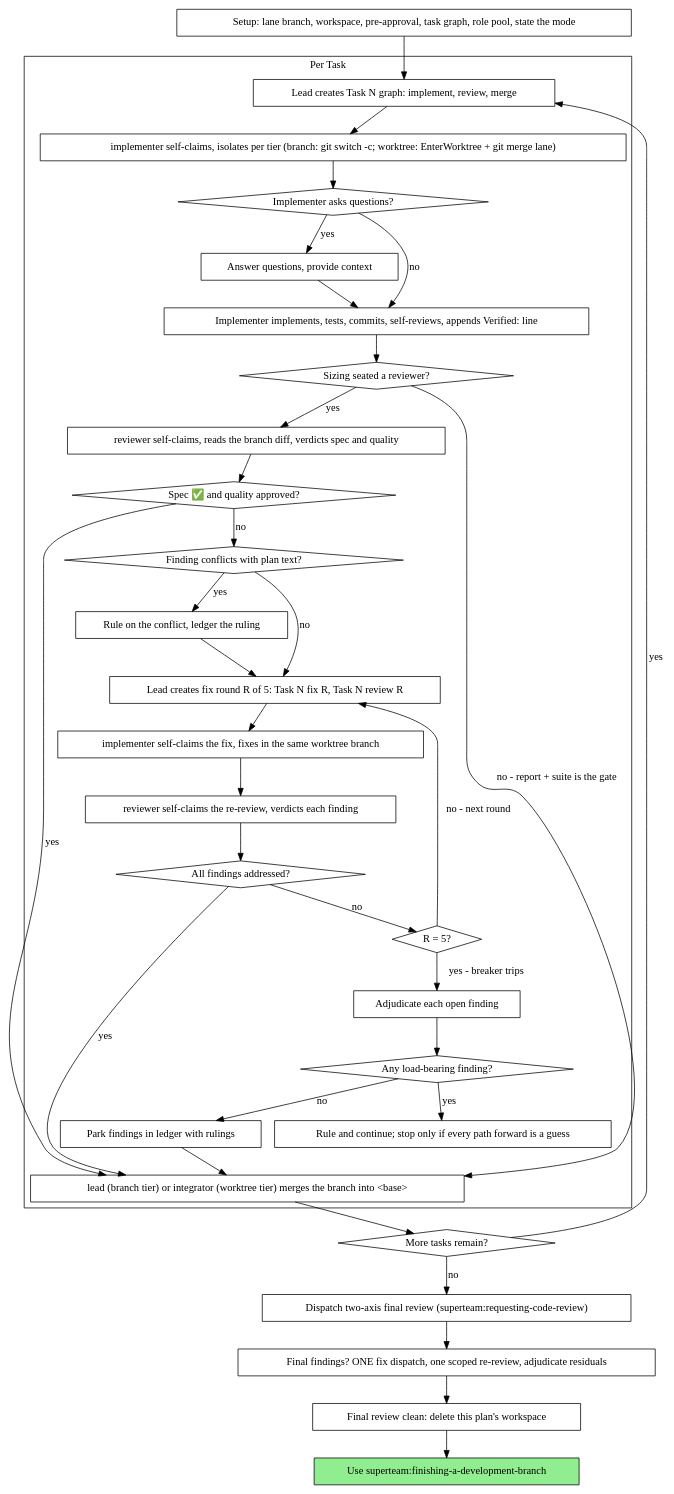
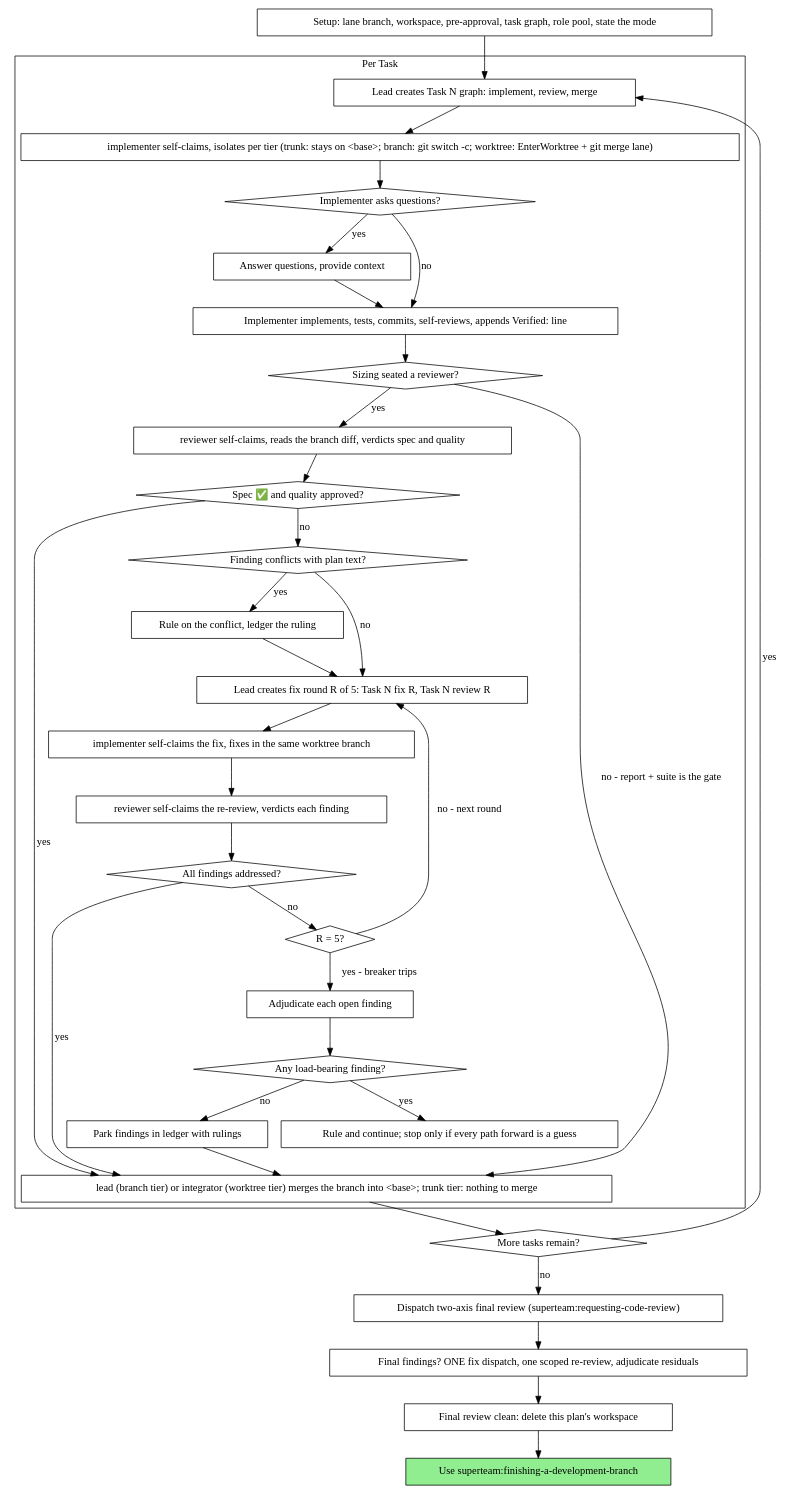
The second of 2 diagrams in skills/superteam-driven-development/SKILL.md (cameronchittick/superteam), drawn with Graphviz before and after one commit. The commit also changed other lines of this file and 10 other files, not shown here.

First line of the commit message:
Trunk tier: a lone IC commits straight on trunk

````diff
--- a/skills/superteam-driven-development/SKILL.md
+++ b/skills/superteam-driven-development/SKILL.md
@@ -205,69 +217,69 @@
 ```dot
 digraph process {
     rankdir=TB;
 
     subgraph cluster_per_task {
         label="Per Task";
         "Lead creates Task N graph: implement, review, merge" [shape=box];
-        "implementer self-claims, isolates per tier (branch: git switch -c; worktree: EnterWorktree + git merge lane)" [shape=box];
+        "implementer self-claims, isolates per tier (trunk: stays on <base>; branch: git switch -c; worktree: EnterWorktree + git merge lane)" [shape=box];
         "Implementer asks questions?" [shape=diamond];
         "Answer questions, provide context" [shape=box];
         "Implementer implements, tests, commits, self-reviews, appends Verified: line" [shape=box];
         "Sizing seated a reviewer?" [shape=diamond];
         "reviewer self-claims, reads the branch diff, verdicts spec and quality" [shape=box];
         "Spec ✅ and quality approved?" [shape=diamond];
         "Finding conflicts with plan text?" [shape=diamond];
         "Rule on the conflict, ledger the ruling" [shape=box];
         "Lead creates fix round R of 5: Task N fix R, Task N review R" [shape=box];
         "implementer self-claims the fix, fixes in the same worktree branch" [shape=box];
         "reviewer self-claims the re-review, verdicts each finding" [shape=box];
         "All findings addressed?" [shape=diamond];
         "R = 5?" [shape=diamond];
         "Adjudicate each open finding" [shape=box];
         "Any load-bearing finding?" [shape=diamond];
         "Rule and continue; stop only if every path forward is a guess" [shape=box];
         "Park findings in ledger with rulings" [shape=box];
-        "lead (branch tier) or integrator (worktree tier) merges the branch into <base>" [shape=box];
+        "lead (branch tier) or integrator (worktree tier) merges the branch into <base>; trunk tier: nothing to merge" [shape=box];
     }
 
     "Setup: lane branch, workspace, pre-approval, task graph, role pool, state the mode" [shape=box];
     "More tasks remain?" [shape=diamond];
     "Dispatch two-axis final review (superteam:requesting-code-review)" [shape=box];
     "Final findings? ONE fix dispatch, one scoped re-review, adjudicate residuals" [shape=box];
     "Final review clean: delete this plan's workspace" [shape=box];
     "Use superteam:finishing-a-development-branch" [shape=box style=filled fillcolor=lightgreen];
 
     "Setup: lane branch, workspace, pre-approval, task graph, role pool, state the mode" -> "Lead creates Task N graph: implement, review, merge";
-    "Lead creates Task N graph: implement, review, merge" -> "implementer self-claims, isolates per tier (branch: git switch -c; worktree: EnterWorktree + git merge lane)";
-    "implementer self-claims, isolates per tier (branch: git switch -c; worktree: EnterWorktree + git merge lane)" -> "Implementer asks questions?";
+    "Lead creates Task N graph: implement, review, merge" -> "implementer self-claims, isolates per tier (trunk: stays on <base>; branch: git switch -c; worktree: EnterWorktree + git merge lane)";
+    "implementer self-claims, isolates per tier (trunk: stays on <base>; branch: git switch -c; worktree: EnterWorktree + git merge lane)" -> "Implementer asks questions?";
     "Implementer asks questions?" -> "Answer questions, provide context" [label="yes"];
     "Answer questions, provide context" -> "Implementer implements, tests, commits, self-reviews, appends Verified: line";
     "Implementer asks questions?" -> "Implementer implements, tests, commits, self-reviews, appends Verified: line" [label="no"];
     "Implementer implements, tests, commits, self-reviews, appends Verified: line" -> "Sizing seated a reviewer?";
     "Sizing seated a reviewer?" -> "reviewer self-claims, reads the branch diff, verdicts spec and quality" [label="yes"];
-    "Sizing seated a reviewer?" -> "lead (branch tier) or integrator (worktree tier) merges the branch into <base>" [label="no - report + suite is the gate"];
+    "Sizing seated a reviewer?" -> "lead (branch tier) or integrator (worktree tier) merges the branch into <base>; trunk tier: nothing to merge" [label="no - report + suite is the gate"];
     "reviewer self-claims, reads the branch diff, verdicts spec and quality" -> "Spec ✅ and quality approved?";
-    "Spec ✅ and quality approved?" -> "lead (branch tier) or integrator (worktree tier) merges the branch into <base>" [label="yes"];
+    "Spec ✅ and quality approved?" -> "lead (branch tier) or integrator (worktree tier) merges the branch into <base>; trunk tier: nothing to merge" [label="yes"];
     "Spec ✅ and quality approved?" -> "Finding conflicts with plan text?" [label="no"];
     "Finding conflicts with plan text?" -> "Rule on the conflict, ledger the ruling" [label="yes"];
     "Rule on the conflict, ledger the ruling" -> "Lead creates fix round R of 5: Task N fix R, Task N review R";
     "Finding conflicts with plan text?" -> "Lead creates fix round R of 5: Task N fix R, Task N review R" [label="no"];
     "Lead creates fix round R of 5: Task N fix R, Task N review R" -> "implementer self-claims the fix, fixes in the same worktree branch";
     "implementer self-claims the fix, fixes in the same worktree branch" -> "reviewer self-claims the re-review, verdicts each finding";
     "reviewer self-claims the re-review, verdicts each finding" -> "All findings addressed?";
-    "All findings addressed?" -> "lead (branch tier) or integrator (worktree tier) merges the branch into <base>" [label="yes"];
+    "All findings addressed?" -> "lead (branch tier) or integrator (worktree tier) merges the branch into <base>; trunk tier: nothing to merge" [label="yes"];
     "All findings addressed?" -> "R = 5?" [label="no"];
     "R = 5?" -> "Lead creates fix round R of 5: Task N fix R, Task N review R" [label="no - next round"];
     "R = 5?" -> "Adjudicate each open finding" [label="yes - breaker trips"];
     "Adjudicate each open finding" -> "Any load-bearing finding?";
     "Any load-bearing finding?" -> "Rule and continue; stop only if every path forward is a guess" [label="yes"];
     "Any load-bearing finding?" -> "Park findings in ledger with rulings" [label="no"];
-    "Park findings in ledger with rulings" -> "lead (branch tier) or integrator (worktree tier) merges the branch into <base>";
-    "lead (branch tier) or integrator (worktree tier) merges the branch into <base>" -> "More tasks remain?";
+    "Park findings in ledger with rulings" -> "lead (branch tier) or integrator (worktree tier) merges the branch into <base>; trunk tier: nothing to merge";
+    "lead (branch tier) or integrator (worktree tier) merges the branch into <base>; trunk tier: nothing to merge" -> "More tasks remain?";
     "More tasks remain?" -> "Lead creates Task N graph: implement, review, merge" [label="yes"];
     "More tasks remain?" -> "Dispatch two-axis final review (superteam:requesting-code-review)" [label="no"];
     "Dispatch two-axis final review (superteam:requesting-code-review)" -> "Final findings? ONE fix dispatch, one scoped re-review, adjudicate residuals";
     "Final findings? ONE fix dispatch, one scoped re-review, adjudicate residuals" -> "Final review clean: delete this plan's workspace";
     "Final review clean: delete this plan's workspace" -> "Use superteam:finishing-a-development-branch";
 }
 ```
````
